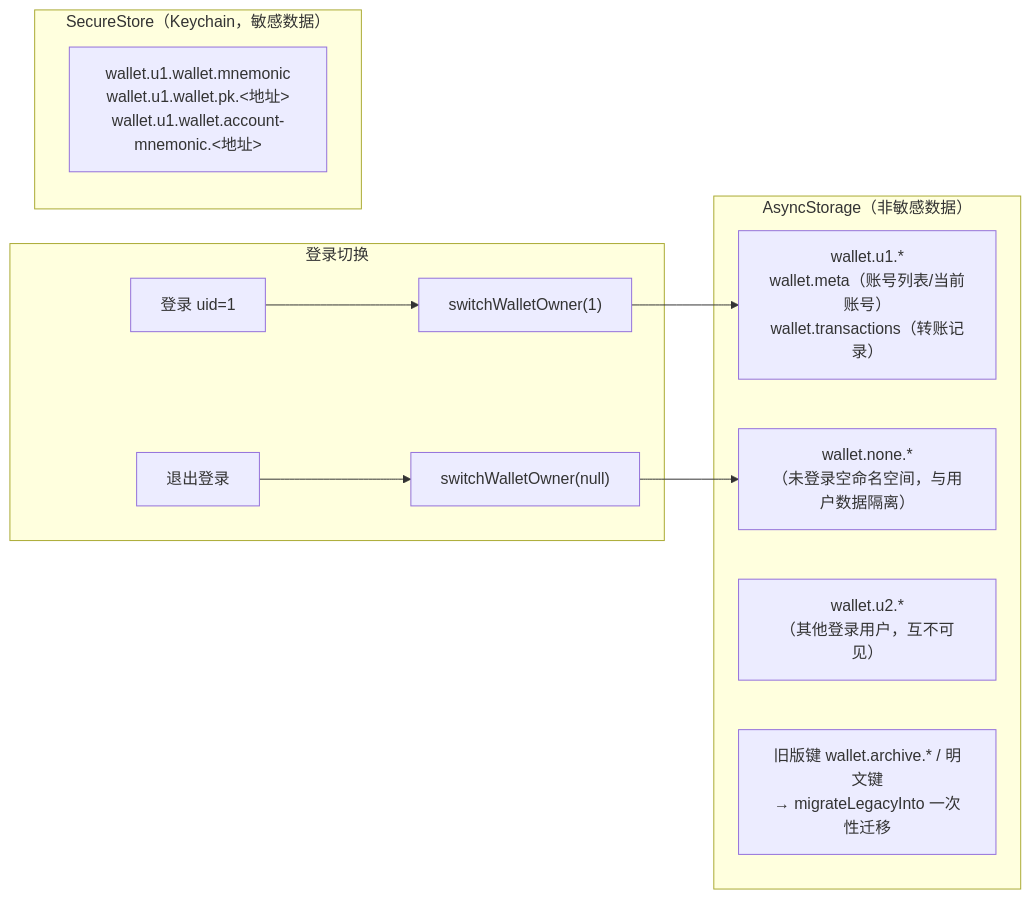
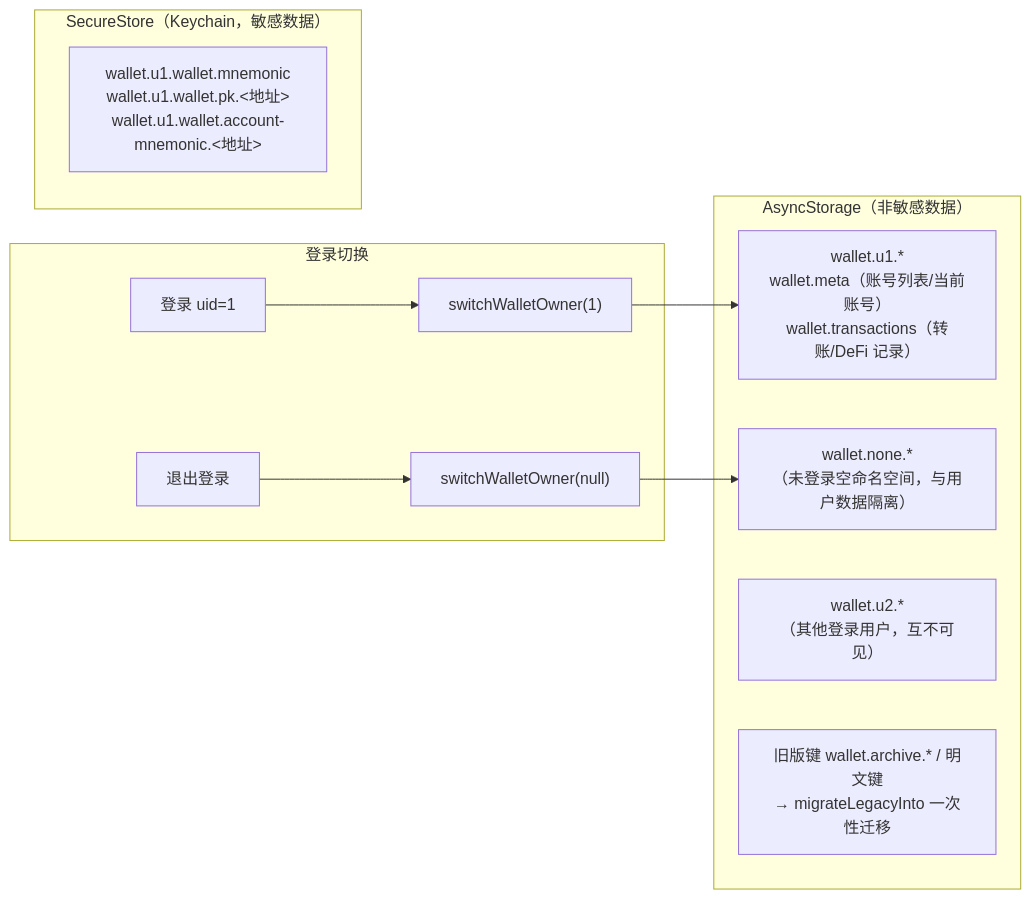
One commit to jinshenglilili-cmyk/RNDefiWallet changed the third of 4 diagrams in fronted/README.md. Above: the diagram before and after it, drawn with Mermaid. The commit also changed other lines of this file, not shown here.

````diff
--- a/fronted/README.md
+++ b/fronted/README.md
@@ -170,21 +238,21 @@
 ```mermaid
 flowchart LR
     subgraph 登录切换
         LOGIN["登录 uid=1"] --> SW["switchWalletOwner(1)"]
         LOGOUT["退出登录"] --> SWN["switchWalletOwner(null)"]
     end
 
     SW --> NS1
     SWN --> NSN
 
     subgraph KEYCHAIN["SecureStore（Keychain，敏感数据）"]
         SS1["wallet.u1.wallet.mnemonic<br/>wallet.u1.wallet.pk.&lt;地址&gt;<br/>wallet.u1.wallet.account-mnemonic.&lt;地址&gt;"]
     end
 
     subgraph MANIFEST["AsyncStorage（非敏感数据）"]
-        NS1["wallet.u1.*<br/>wallet.meta（账号列表/当前账号）<br/>wallet.transactions（转账记录）"]
+        NS1["wallet.u1.*<br/>wallet.meta（账号列表/当前账号）<br/>wallet.transactions（转账/DeFi 记录）"]
         NSN["wallet.none.*<br/>（未登录空命名空间，与用户数据隔离）"]
         NS2["wallet.u2.*<br/>（其他登录用户，互不可见）"]
         LEGACY["旧版键 wallet.archive.* / 明文键<br/>→ migrateLegacyInto 一次性迁移"]
     end
 ```
````
